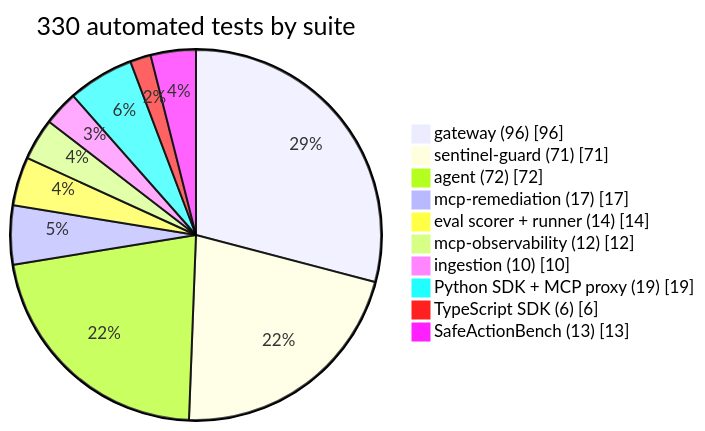
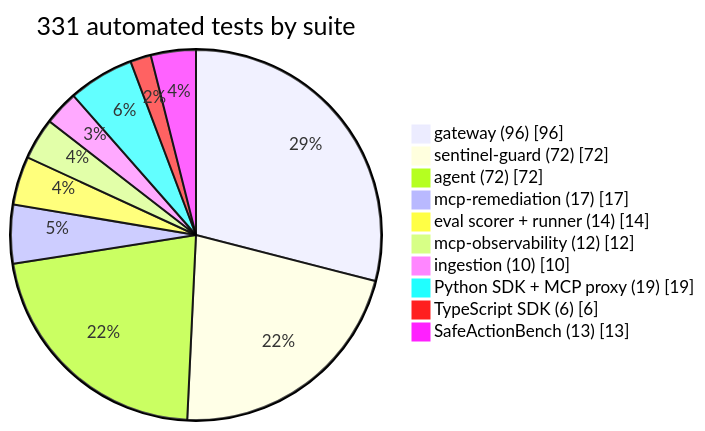
The diagram in docs/handbook/diagrams/14-chart-tests-by-suite.mmd (abdulmdev/sentinel-incident-copilot), drawn with Mermaid before and after one commit. The commit also changed 15 other files, not shown here.

```diff
--- a/docs/handbook/diagrams/14-chart-tests-by-suite.mmd
+++ b/docs/handbook/diagrams/14-chart-tests-by-suite.mmd
@@ -1,12 +1,12 @@
 pie showData
-  title 330 automated tests by suite
+  title 331 automated tests by suite
   "gateway (96)" : 96
-  "sentinel-guard (71)" : 71
+  "sentinel-guard (72)" : 72
   "agent (72)" : 72
   "mcp-remediation (17)" : 17
   "eval scorer + runner (14)" : 14
   "mcp-observability (12)" : 12
   "ingestion (10)" : 10
   "Python SDK + MCP proxy (19)" : 19
   "TypeScript SDK (6)" : 6
   "SafeActionBench (13)" : 13
```
